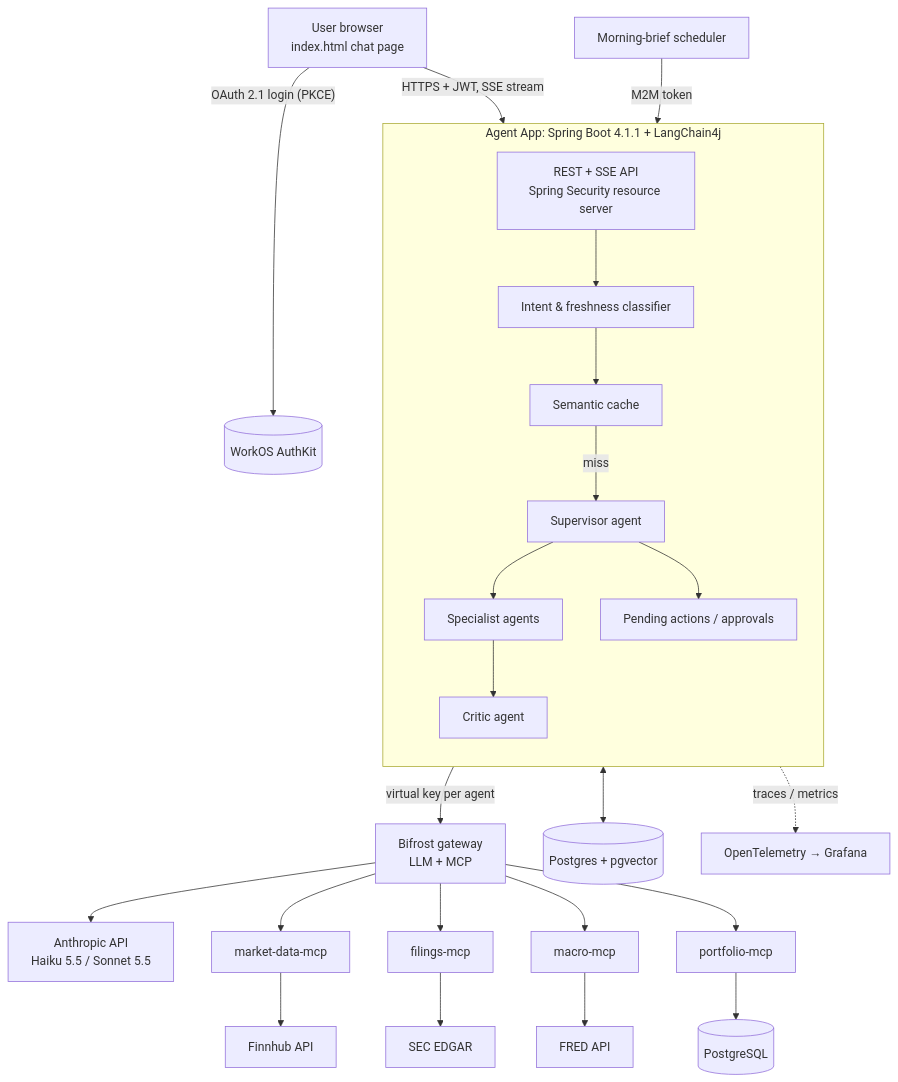
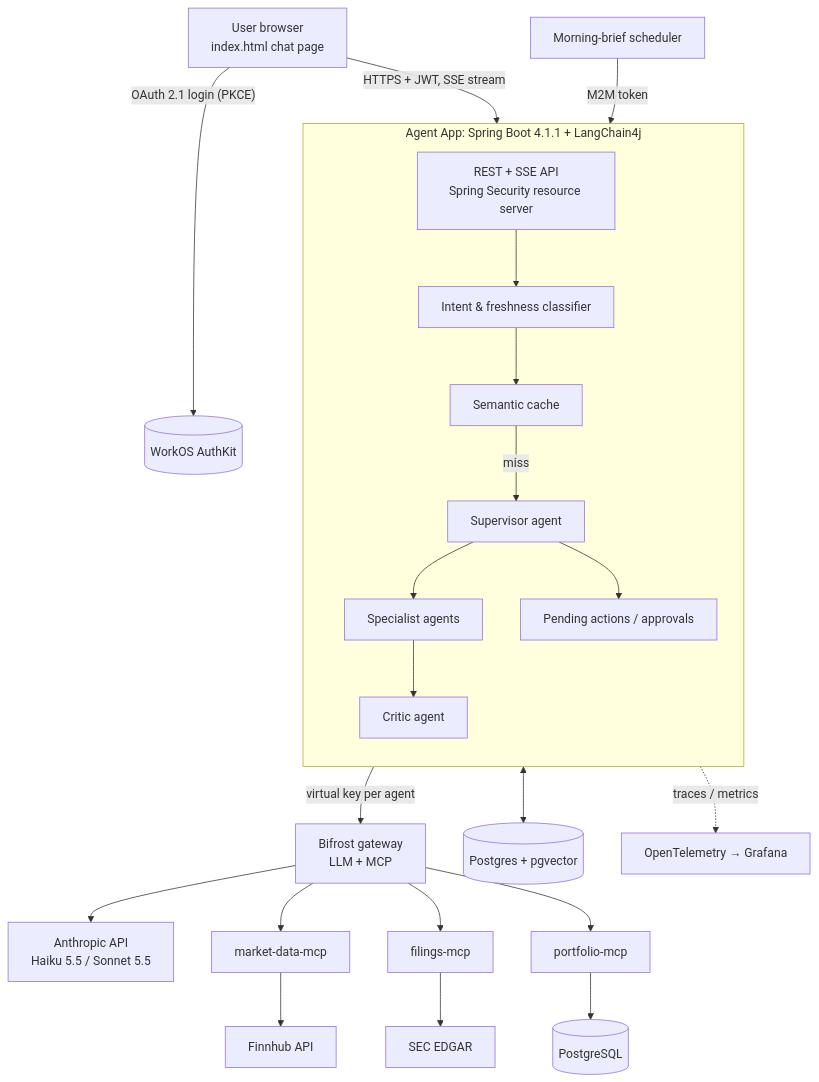
One commit to sri-chalam/stock-research-agent changed the first of 4 diagrams in docs/requirements/stock-research-agent-spec.md. Above: the diagram before and after it, drawn with Mermaid. The commit also changed other lines of this file and 9 other files, not shown here.

Commit message:
Drop macro-mcp (FRED) from spec, ADRs, glossary and docs

````diff
--- a/docs/requirements/stock-research-agent-spec.md
+++ b/docs/requirements/stock-research-agent-spec.md
@@ -106,35 +106,33 @@
 ```mermaid
 flowchart TB
     U[User browser<br/>index.html chat page] -- "OAuth 2.1 login (PKCE)" --> WOS[(WorkOS AuthKit)]
     U -- "HTTPS + JWT, SSE stream" --> APP
 
     subgraph APP[Agent App: Spring Boot 4.1.1 + LangChain4j]
       direction TB
       API[REST + SSE API<br/>Spring Security resource server]
       CLS[Intent & freshness classifier]
       SC[Semantic cache]
       SUP[Supervisor agent]
       SPEC[Specialist agents]
       CRIT[Critic agent]
       HITL[Pending actions / approvals]
       API --> CLS --> SC
       SC -- miss --> SUP --> SPEC --> CRIT
       SUP --> HITL
     end
 
     APP -- "virtual key per agent" --> BF[Bifrost gateway<br/>LLM + MCP]
     BF --> CLAUDE[Anthropic API<br/>Haiku 5.5 / Sonnet 5.5]
     BF --> MD[market-data-mcp]
     BF --> FL[filings-mcp]
-    BF --> MC[macro-mcp]
     BF --> PF[portfolio-mcp]
 
     MD --> FH[Finnhub API]
     FL --> SEC[SEC EDGAR]
-    MC --> FRED[FRED API]
     PF --> PG[(PostgreSQL)]
 
     APP <--> PGV[(Postgres + pgvector)]
     JOB[Morning-brief scheduler] -- "M2M token" --> APP
     APP -. traces / metrics .-> OBS[OpenTelemetry → Grafana]
 ```
````
